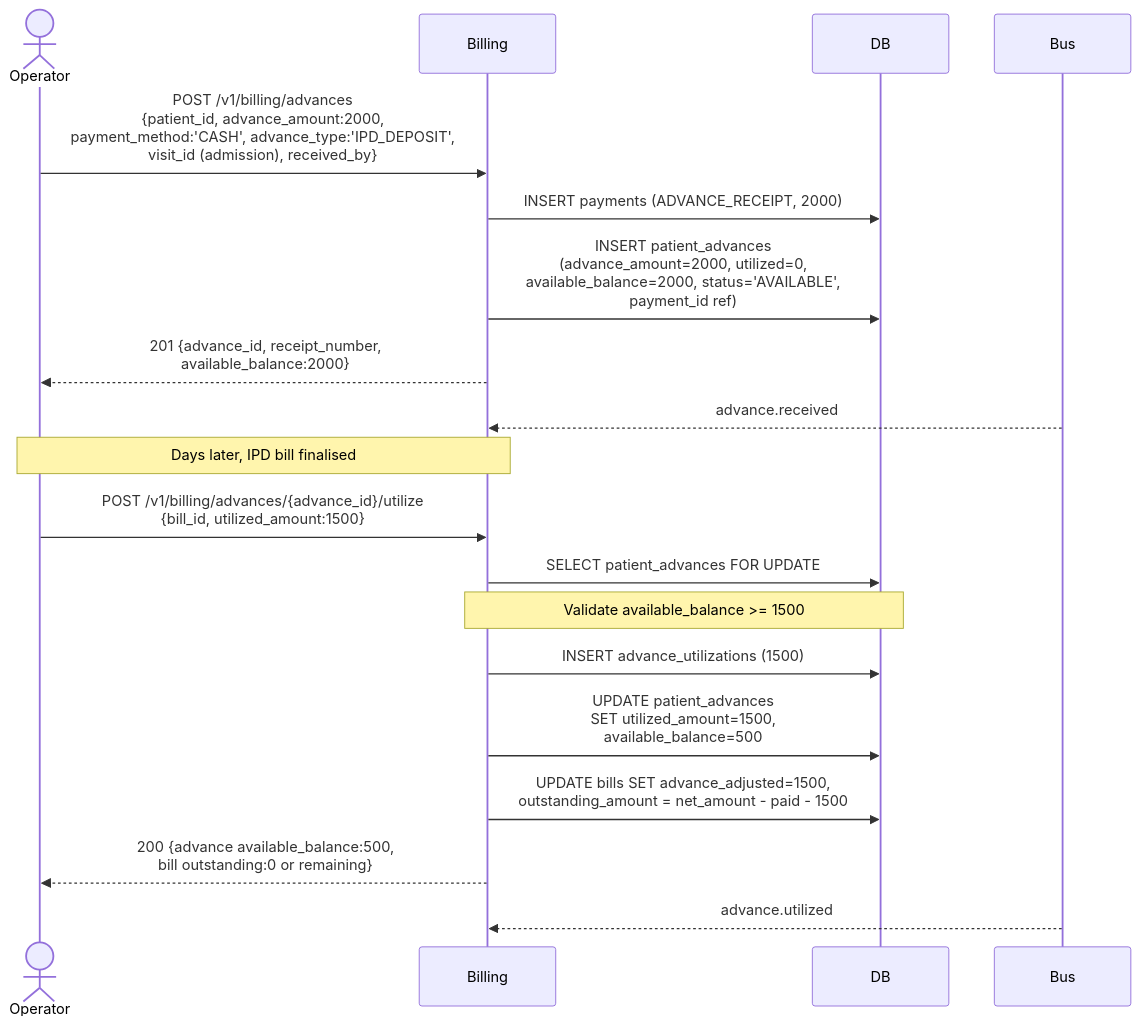
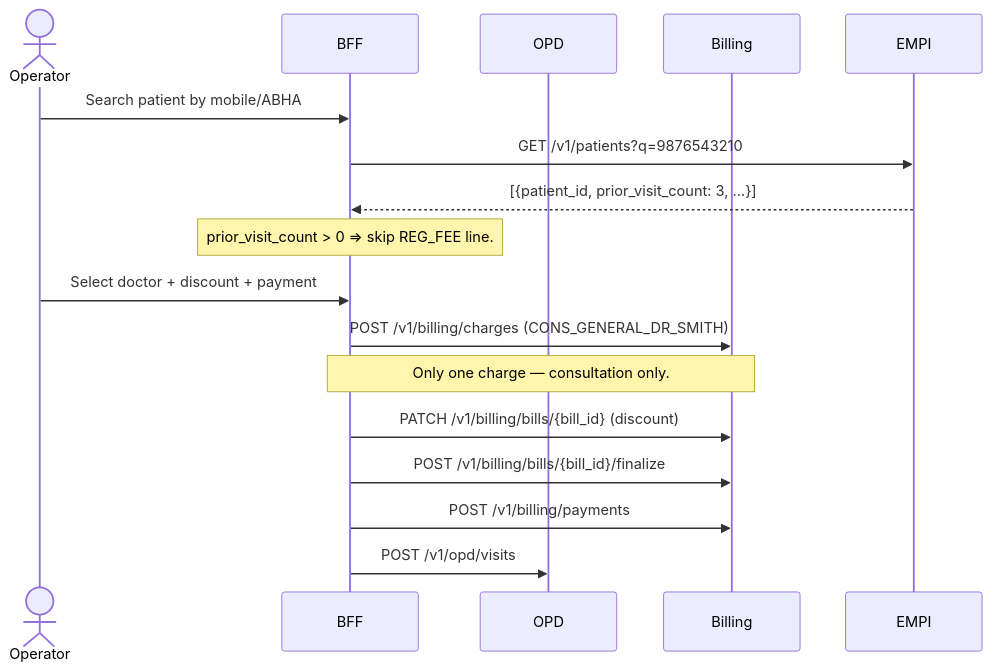
The second of 7 diagrams in docs/architecture/lld/billing/02-scenarios.md (IQ-Line/HospitalSaarthi), drawn with Mermaid before and after one commit. The commit also changed other lines of this file and 11 other files, not shown here.

````diff
--- a/docs/architecture/lld/billing/02-scenarios.md
+++ b/docs/architecture/lld/billing/02-scenarios.md
@@ -122,24 +109,21 @@
 ```mermaid
 sequenceDiagram
     actor Operator
+    participant BFF
+    participant OPD
     participant Billing
-    participant DB
-    participant Bus
+    participant EMPI
 
-    Operator->>Billing: POST /v1/billing/advances<br/>{patient_id, advance_amount:2000,<br/> payment_method:'CASH', advance_type:'IPD_DEPOSIT',<br/> visit_id (admission), received_by}
-    Billing->>DB: INSERT payments (ADVANCE_RECEIPT, 2000)
-    Billing->>DB: INSERT patient_advances<br/>(advance_amount=2000, utilized=0,<br/> available_balance=2000, status='AVAILABLE',<br/> payment_id ref)
-    Billing-->>Operator: 201 {advance_id, receipt_number,<br/>available_balance:2000}
-    Bus-->>Billing: advance.received
+    Operator->>BFF: Search patient by mobile/ABHA
+    BFF->>EMPI: GET /v1/patients?q=9876543210
+    EMPI-->>BFF: [{patient_id, prior_visit_count: 3, ...}]
+    Note over BFF: prior_visit_count > 0 ⇒ skip REG_FEE line.
 
-    Note over Operator,Billing: Days later, IPD bill finalised
-
-    Operator->>Billing: POST /v1/billing/advances/{advance_id}/utilize<br/>{bill_id, utilized_amount:1500}
-    Billing->>DB: SELECT patient_advances FOR UPDATE
-    Note over Billing,DB: Validate available_balance >= 1500
-    Billing->>DB: INSERT advance_utilizations (1500)
-    Billing->>DB: UPDATE patient_advances<br/>SET utilized_amount=1500,<br/>available_balance=500
-    Billing->>DB: UPDATE bills SET advance_adjusted=1500,<br/>outstanding_amount = net_amount - paid - 1500
-    Billing-->>Operator: 200 {advance available_balance:500,<br/>bill outstanding:0 or remaining}
-    Bus-->>Billing: advance.utilized
+    Operator->>BFF: Select doctor + discount + payment
+    BFF->>Billing: POST /v1/billing/charges (CONS_GENERAL_DR_SMITH)
+    Note over BFF,Billing: Only one charge — consultation only.
+    BFF->>Billing: PATCH /v1/billing/bills/{bill_id} (discount)
+    BFF->>Billing: POST /v1/billing/bills/{bill_id}/finalize
+    BFF->>Billing: POST /v1/billing/payments
+    BFF->>OPD: POST /v1/opd/visits
 ```
````
